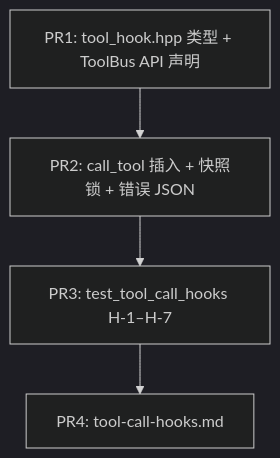
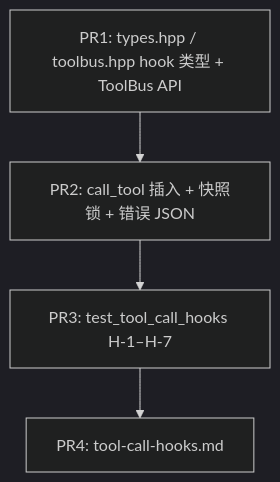
Before and after one commit to Mapoet/taskflow: the diagram in agent_framework/docs/guides/phase-2-wp1d.md, drawn with Mermaid (dark theme). The commit also changed other lines of this file and 19 other files, not shown here.

````diff
--- a/agent_framework/docs/guides/phase-2-wp1d.md
+++ b/agent_framework/docs/guides/phase-2-wp1d.md
@@ -170,10 +171,10 @@
 ```mermaid
 flowchart TD
-  P1[PR1: tool_hook.hpp 类型 + ToolBus API 声明]
+  P1[PR1: types.hpp / toolbus.hpp hook 类型 + ToolBus API]
   P2[PR2: call_tool 插入 + 快照锁 + 错误 JSON]
   P3[PR3: test_tool_call_hooks H-1–H-7]
   P4[PR4: tool-call-hooks.md]
   P1 --> P2
   P2 --> P3
   P3 --> P4
 ```
````
